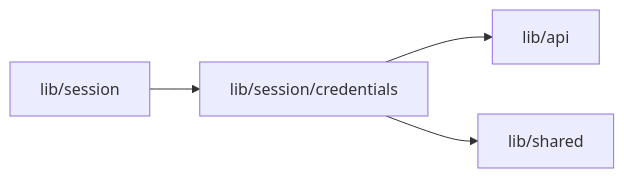
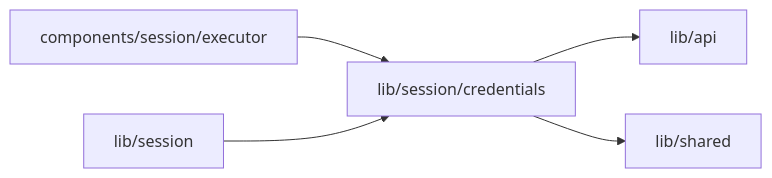
Before and after one commit to superdurable/superverse: the diagram in web/studio/lib/session/credentials/README.md, drawn with Mermaid. The commit also changed other lines of this file and 75 other files, not shown here.

````diff
--- a/web/studio/lib/session/credentials/README.md
+++ b/web/studio/lib/session/credentials/README.md
@@ -10,7 +10,8 @@
 ```mermaid
 flowchart LR
   self["lib/session/credentials"]
-  c0["lib/session"] --> self
+  c0["components/session/executor"] --> self
+  c1["lib/session"] --> self
   self --> d0["lib/api"]
   self --> d1["lib/shared"]
 ```
````
